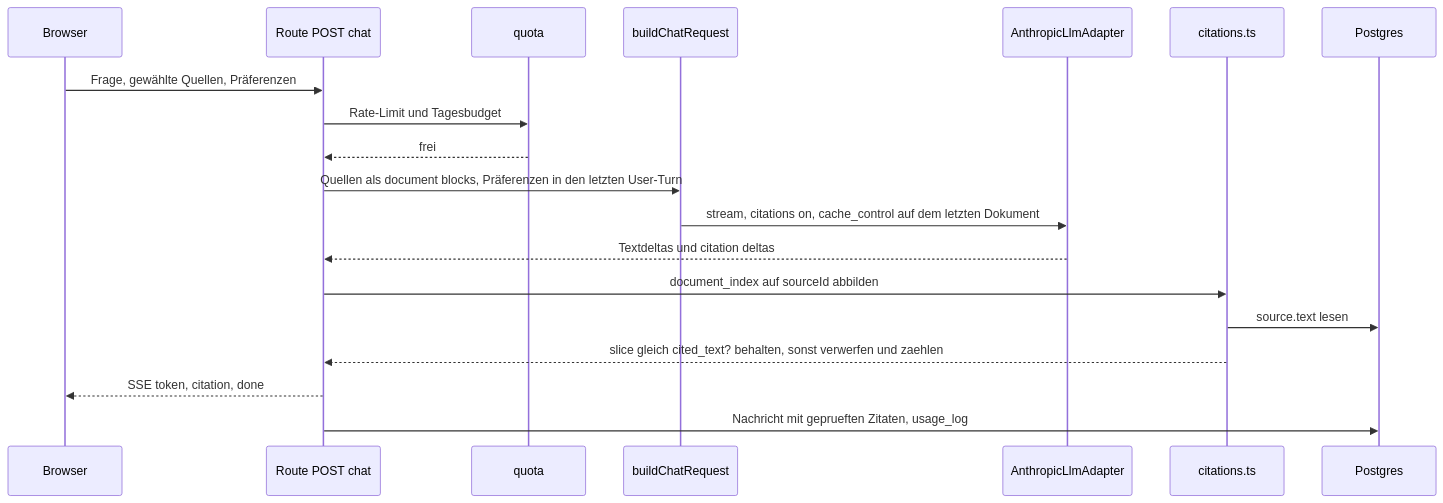
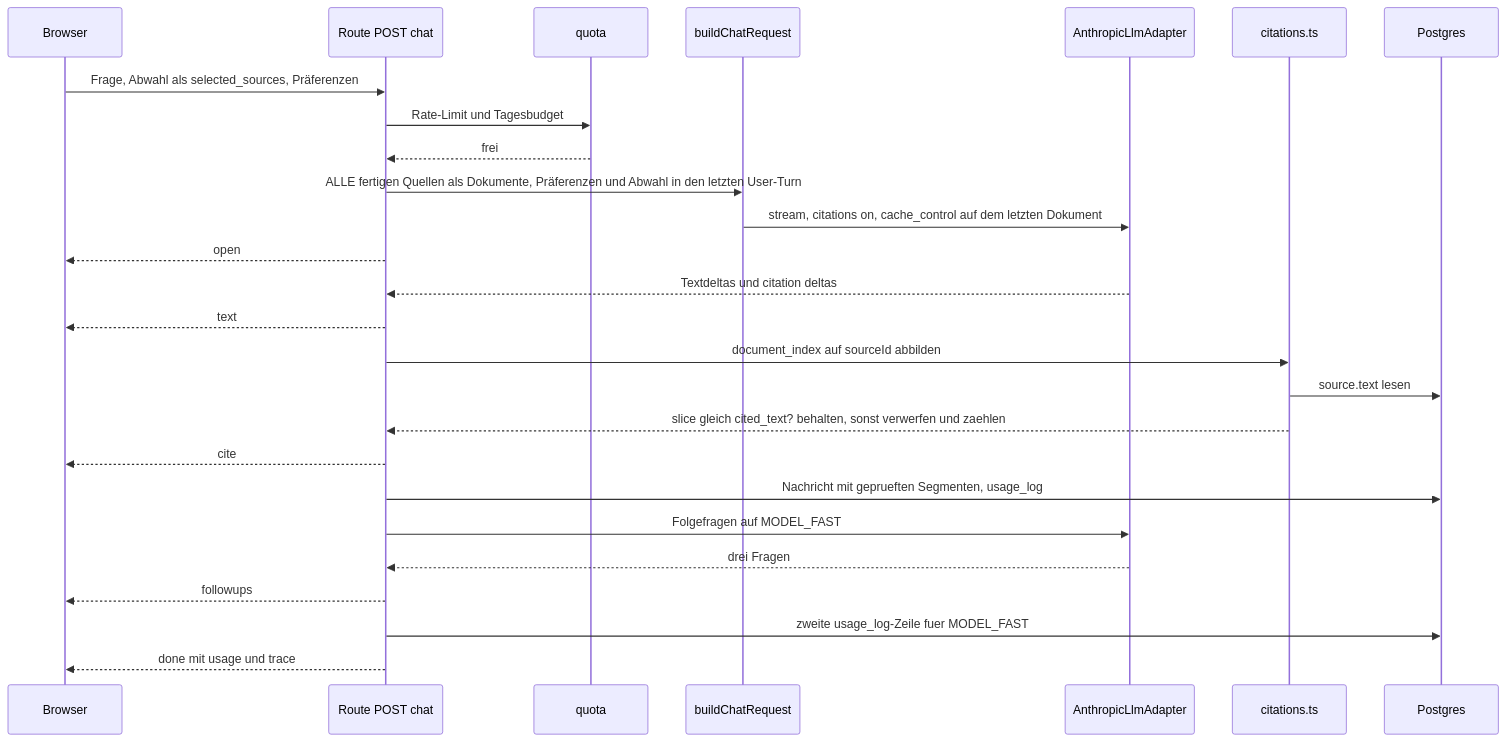
One commit to 7Style/quellwerk changed the second of 3 diagrams in docs/ARCHITECTURE.md. Above: the diagram before and after it, drawn with Mermaid. The commit also changed other lines of this file, not shown here.

````diff
--- a/docs/ARCHITECTURE.md
+++ b/docs/ARCHITECTURE.md
@@ -44,21 +44,28 @@
 ```mermaid
 sequenceDiagram
   participant U as Browser
   participant R as Route POST chat
   participant Q as quota
   participant B as buildChatRequest
   participant L as AnthropicLlmAdapter
   participant C as citations.ts
   participant D as Postgres
-  U->>R: Frage, gewählte Quellen, Präferenzen
+  U->>R: Frage, Abwahl als selected_sources, Präferenzen
   R->>Q: Rate-Limit und Tagesbudget
   Q-->>R: frei
-  R->>B: Quellen als document blocks, Präferenzen in den letzten User-Turn
+  R->>B: ALLE fertigen Quellen als Dokumente, Präferenzen und Abwahl in den letzten User-Turn
   B->>L: stream, citations on, cache_control auf dem letzten Dokument
+  R-->>U: open
   L-->>R: Textdeltas und citation deltas
+  R-->>U: text
   R->>C: document_index auf sourceId abbilden
   C->>D: source.text lesen
   C-->>R: slice gleich cited_text? behalten, sonst verwerfen und zaehlen
-  R-->>U: SSE token, citation, done
-  R->>D: Nachricht mit geprueften Zitaten, usage_log
+  R-->>U: cite
+  R->>D: Nachricht mit geprueften Segmenten, usage_log
+  R->>L: Folgefragen auf MODEL_FAST
+  L-->>R: drei Fragen
+  R-->>U: followups
+  R->>D: zweite usage_log-Zeile fuer MODEL_FAST
+  R-->>U: done mit usage und trace
 ```
````
